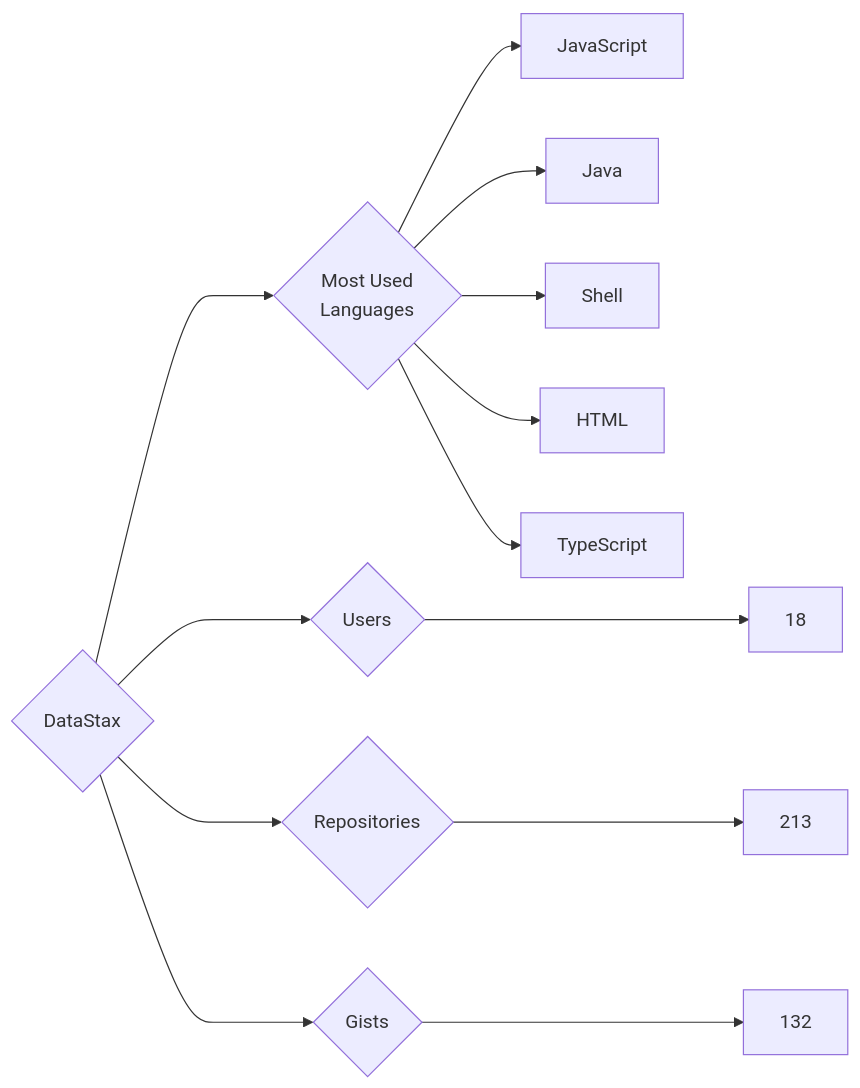
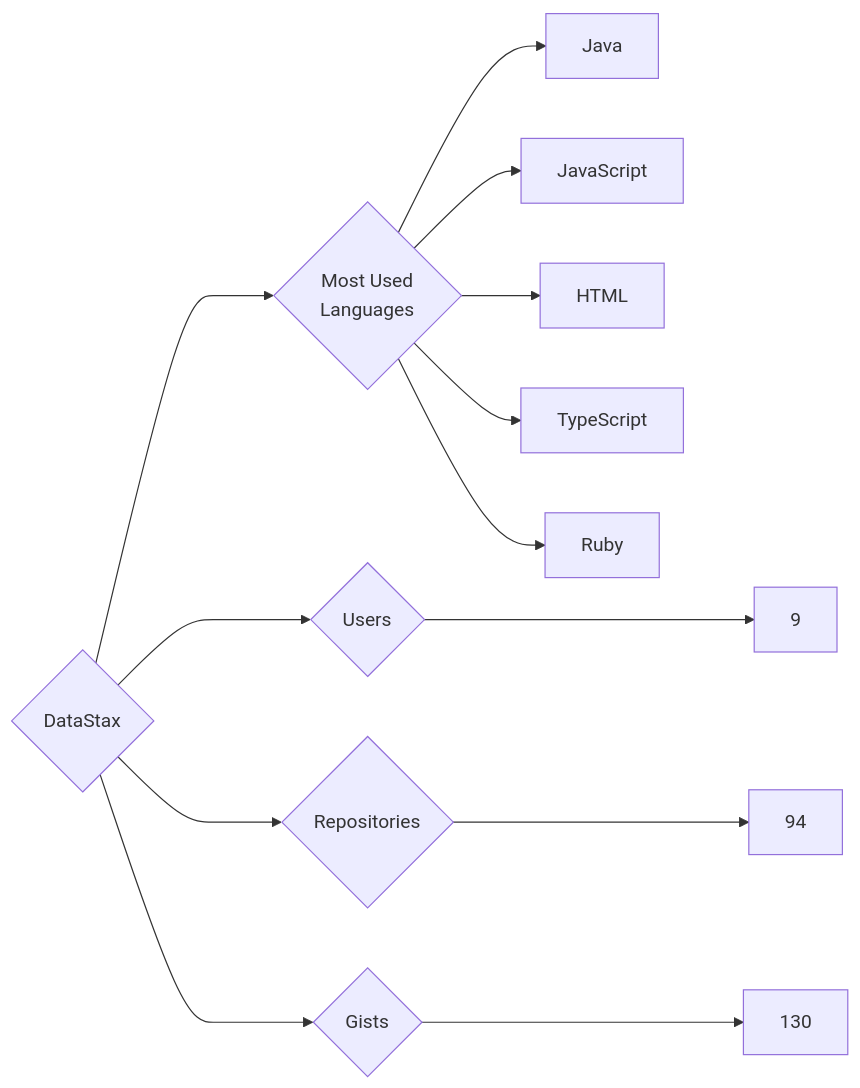
Before and after one commit to trickest/insiders: the diagram in targets/DataStax/README.md, drawn with Mermaid. The commit also changed 860 other files, not shown here.

````diff
--- a/targets/DataStax/README.md
+++ b/targets/DataStax/README.md
@@ -3,13 +3,13 @@
 ```mermaid
 graph LR
 COMPANY_NAME{DataStax}
-COMPANY_NAME ---> U{Users} ---> UN[18]
-COMPANY_NAME ---> R{Repositories} ---> RN[213]
-COMPANY_NAME ---> G{Gists} ---> GN[132]
+COMPANY_NAME ---> U{Users} ---> UN[9]
+COMPANY_NAME ---> R{Repositories} ---> RN[94]
+COMPANY_NAME ---> G{Gists} ---> GN[130]
 COMPANY_NAME ---> ML{Most Used<br>Languages}
+ML --> Java[Java]
 ML --> JavaScript[JavaScript]
-ML --> Java[Java]
-ML --> Shell[Shell]
 ML --> HTML[HTML]
 ML --> TypeScript[TypeScript]
+ML --> Ruby[Ruby]
 ```
````
